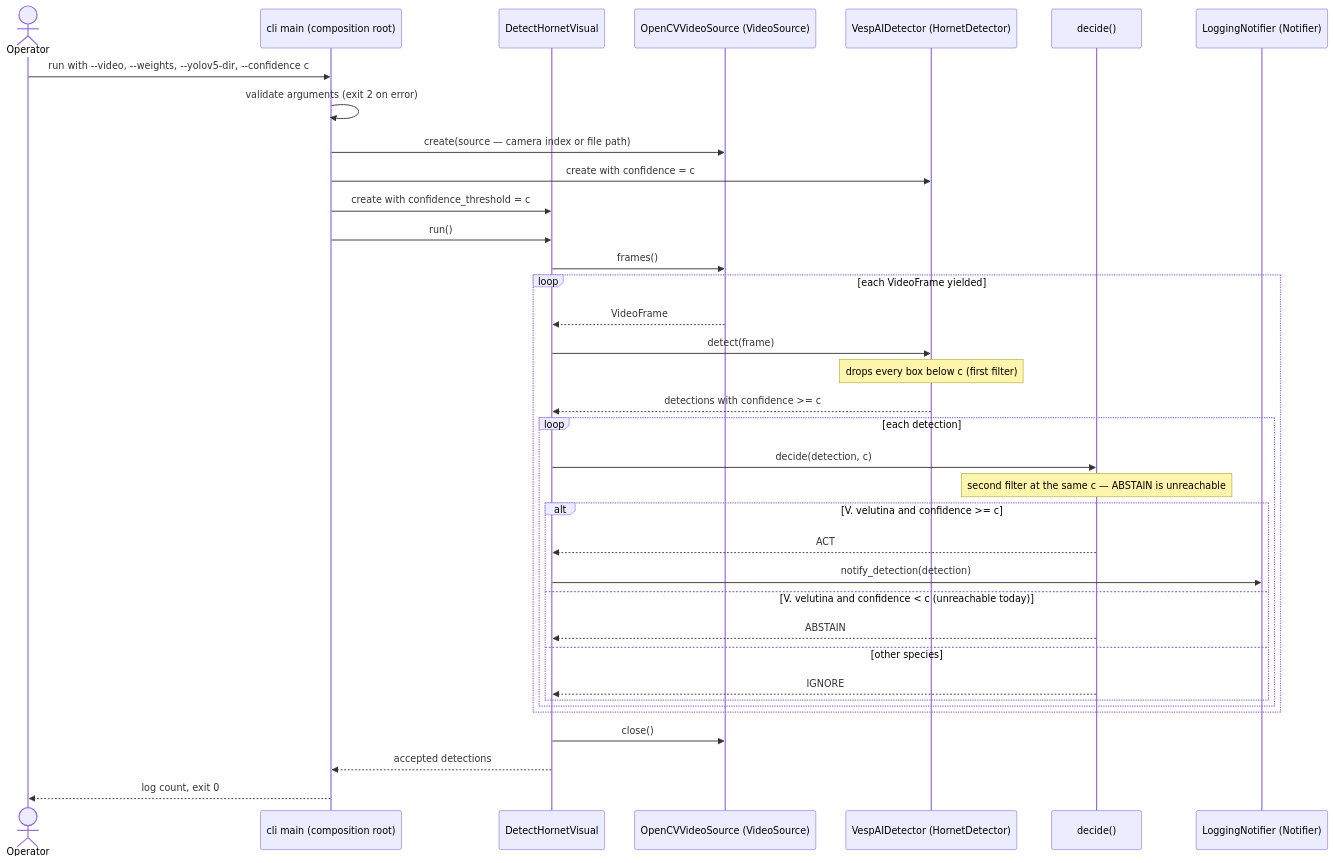
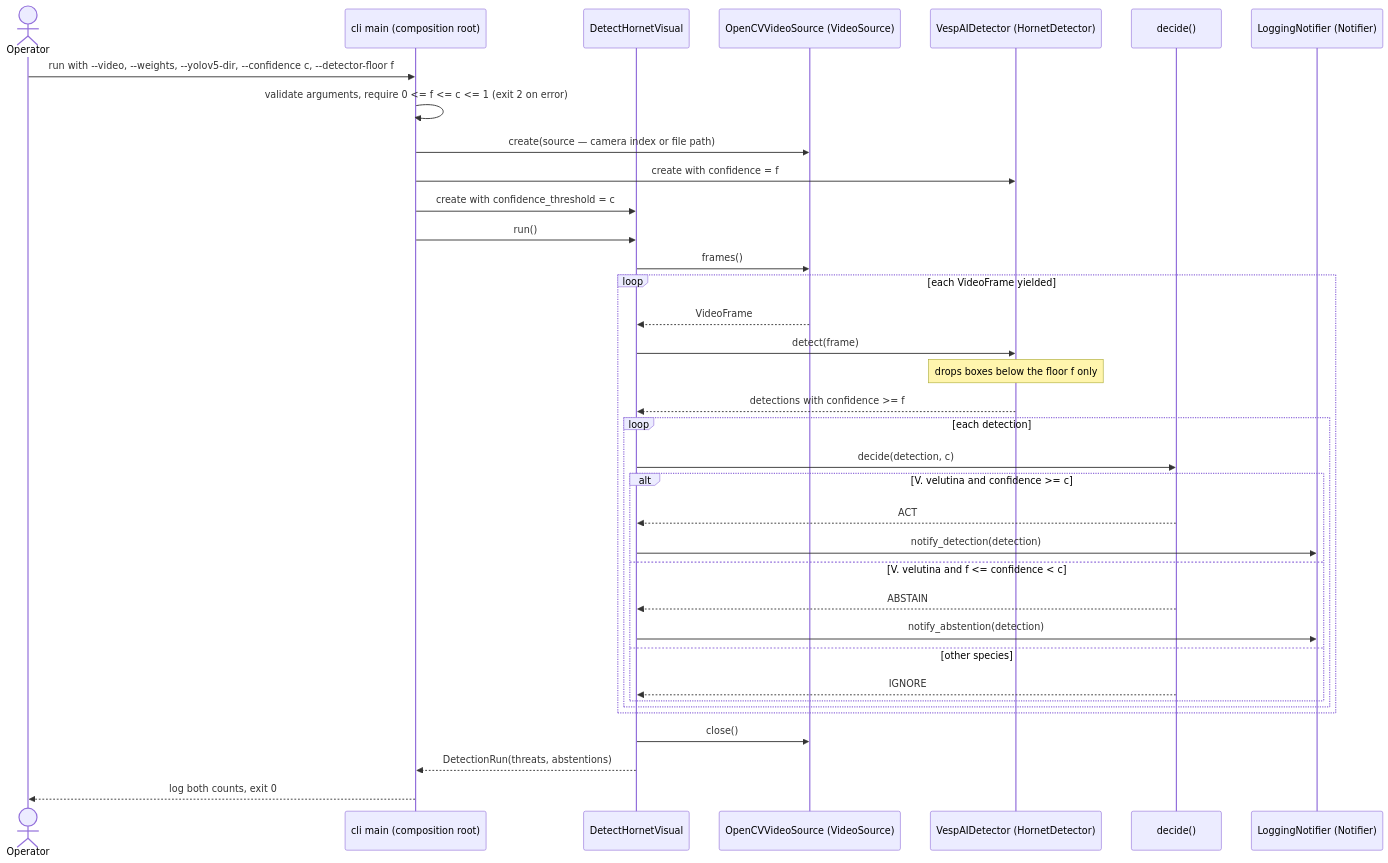
One commit to benoit-bremaud/aristech changed the diagram in docs/architecture/diagrams/detection/02-sequence-live-detection.md. Above: the diagram before and after it, drawn with Mermaid. The commit also changed other lines of this file and 14 other files, not shown here.

First line of the commit message:
fix(cli): separate detector floor from operating threshold so ABSTAIN fires live

````diff
--- a/docs/architecture/diagrams/detection/02-sequence-live-detection.md
+++ b/docs/architecture/diagrams/detection/02-sequence-live-detection.md
@@ -15,39 +17,39 @@
 ```mermaid
 sequenceDiagram
     actor Operator
     participant CLI as cli main (composition root)
     participant UC as DetectHornetVisual
     participant VS as OpenCVVideoSource (VideoSource)
     participant DET as VespAIDetector (HornetDetector)
     participant DEC as decide()
     participant N as LoggingNotifier (Notifier)
 
-    Operator->>CLI: run with --video, --weights, --yolov5-dir, --confidence c
-    CLI->>CLI: validate arguments (exit 2 on error)
+    Operator->>CLI: run with --video, --weights, --yolov5-dir, --confidence c, --detector-floor f
+    CLI->>CLI: validate arguments, require 0 <= f <= c <= 1 (exit 2 on error)
     CLI->>VS: create(source — camera index or file path)
-    CLI->>DET: create with confidence = c
+    CLI->>DET: create with confidence = f
     CLI->>UC: create with confidence_threshold = c
     CLI->>UC: run()
     UC->>VS: frames()
     loop each VideoFrame yielded
         VS-->>UC: VideoFrame
         UC->>DET: detect(frame)
-        Note over DET: drops every box below c (first filter)
-        DET-->>UC: detections with confidence >= c
+        Note over DET: drops boxes below the floor f only
+        DET-->>UC: detections with confidence >= f
         loop each detection
             UC->>DEC: decide(detection, c)
-            Note over DEC: second filter at the same c — ABSTAIN is unreachable
             alt V. velutina and confidence >= c
                 DEC-->>UC: ACT
                 UC->>N: notify_detection(detection)
-            else V. velutina and confidence < c (unreachable today)
+            else V. velutina and f <= confidence < c
                 DEC-->>UC: ABSTAIN
+                UC->>N: notify_abstention(detection)
             else other species
                 DEC-->>UC: IGNORE
             end
         end
     end
     UC->>VS: close()
-    UC-->>CLI: accepted detections
-    CLI-->>Operator: log count, exit 0
+    UC-->>CLI: DetectionRun(threats, abstentions)
+    CLI-->>Operator: log both counts, exit 0
 ```
````
